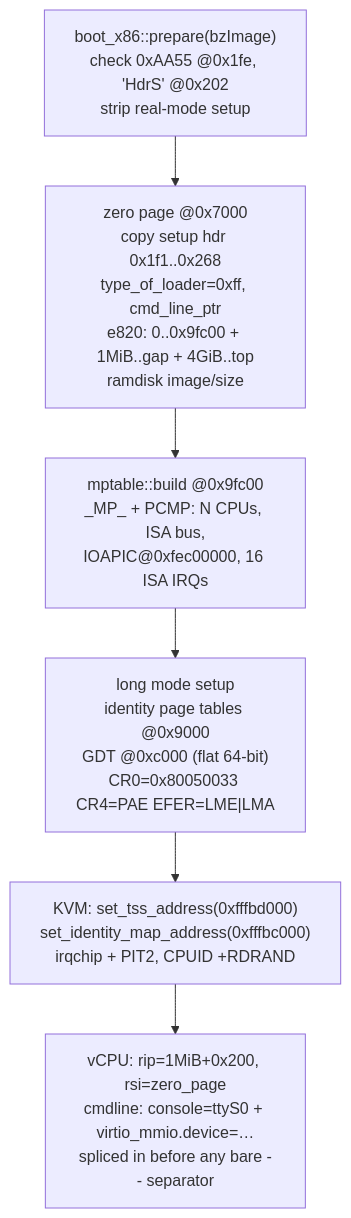
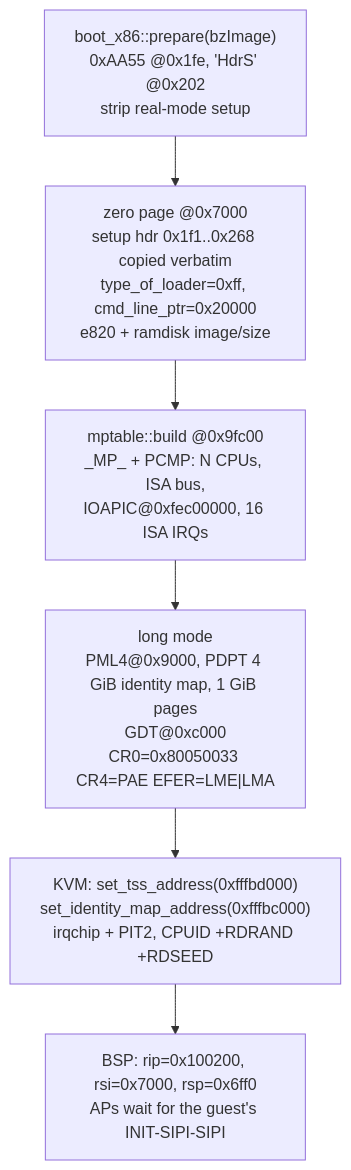
The third of 4 diagrams in docs/architecture.md (brig-sh/hvi-vmm), drawn with Mermaid before and after one commit. The commit also changed other lines of this file and 22 other files, not shown here.

````diff
--- a/docs/architecture.md
+++ b/docs/architecture.md
@@ -227,9 +222,9 @@
 ```mermaid
 flowchart TB
-    A["boot_x86::prepare(bzImage)<br/>check 0xAA55 @0x1fe, 'HdrS' @0x202<br/>strip real-mode setup"] --> B
-    B["zero page @0x7000<br/>copy setup hdr 0x1f1..0x268<br/>type_of_loader=0xff, cmd_line_ptr<br/>e820: 0..0x9fc00 + 1MiB..gap + 4GiB..top<br/>ramdisk image/size"] --> C
+    A["boot_x86::prepare(bzImage)<br/>0xAA55 @0x1fe, 'HdrS' @0x202<br/>strip real-mode setup"] --> B
+    B["zero page @0x7000<br/>setup hdr 0x1f1..0x268 copied verbatim<br/>type_of_loader=0xff, cmd_line_ptr=0x20000<br/>e820 + ramdisk image/size"] --> C
     C["mptable::build @0x9fc00<br/>_MP_ + PCMP: N CPUs, ISA bus,<br/>IOAPIC@0xfec00000, 16 ISA IRQs"] --> D
-    D["long mode setup<br/>identity page tables @0x9000<br/>GDT @0xc000 (flat 64-bit)<br/>CR0=0x80050033 CR4=PAE EFER=LME|LMA"] --> E
-    E["KVM: set_tss_address(0xfffbd000)<br/>set_identity_map_address(0xfffbc000)<br/>irqchip + PIT2, CPUID +RDRAND"] --> F
-    F["vCPU: rip=1MiB+0x200, rsi=zero_page<br/>cmdline: console=ttyS0 + virtio_mmio.device=…<br/>spliced in before any bare -- separator"]
+    D["long mode<br/>PML4@0x9000, PDPT 4 GiB identity map, 1 GiB pages<br/>GDT@0xc000<br/>CR0=0x80050033 CR4=PAE EFER=LME|LMA"] --> E
+    E["KVM: set_tss_address(0xfffbd000)<br/>set_identity_map_address(0xfffbc000)<br/>irqchip + PIT2, CPUID +RDRAND +RDSEED"] --> F
+    F["BSP: rip=0x100200, rsi=0x7000, rsp=0x6ff0<br/>APs wait for the guest's INIT-SIPI-SIPI"]
 ```
````
